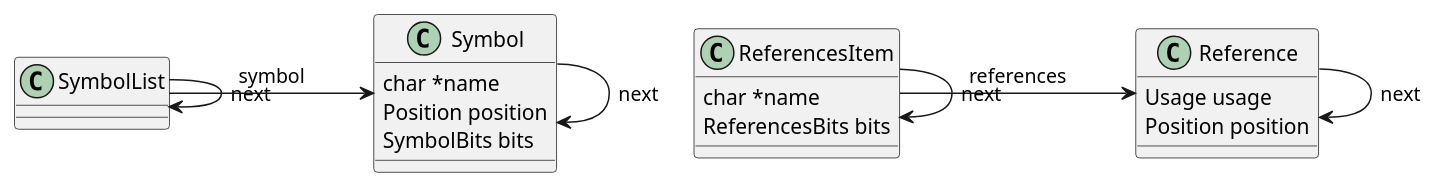
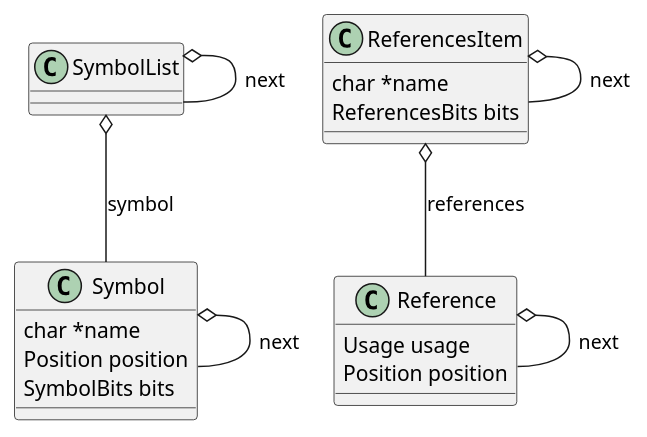
One commit to thoni56/c-xrefactory changed the fifth of 6 diagrams in doc/c-xrefactory-design.adoc. Above: the diagram before and after it, drawn with PlantUML. The commit also changed other lines of this file, not shown here.

Commit message:
[doc][design] Add section for collecting insights and corrected some diagrams

```diff
--- a/doc/c-xrefactory-design.adoc
+++ b/doc/c-xrefactory-design.adoc
@@ -318,23 +318,28 @@
-[plantuml, png]
+[plantuml, structures, png]
 ....
-class Symbol
-Symbol : char *name
-Symbol : Position position
-Symbol : SymbolBits bits
-Symbol -> Symbol :  next
+class Symbol {
+char *name
+Position position
+SymbolBits bits
+}
+Symbol o-- Symbol : next
 
-class SymbolList
-SymbolList -> SymbolList : next
-SymbolList -> Symbol : symbol
+class SymbolList {
+}
+SymbolList o-- Symbol : symbol
+SymbolList o-- SymbolList : next
 
-class ReferencesItem
-ReferencesItem : char *name
-ReferencesItem : ReferencesBits bits
-ReferencesItem -> Reference : references
-ReferencesItem -> ReferencesItem : next
+class ReferencesItem {
+char *name
+ReferencesBits bits
+}
+ReferencesItem o-- Reference : references
+ReferencesItem o-- ReferencesItem : next
 
-class Reference
-Reference : Usage usage
-Reference : Position position
-Reference -> Reference : next
+class Reference {
+Usage usage
+Position position
+}
+Reference o-- Reference : next
+
 ....
```
